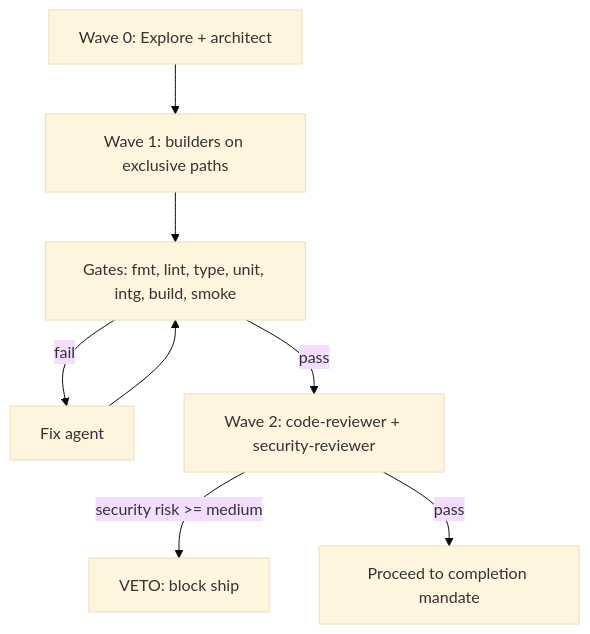
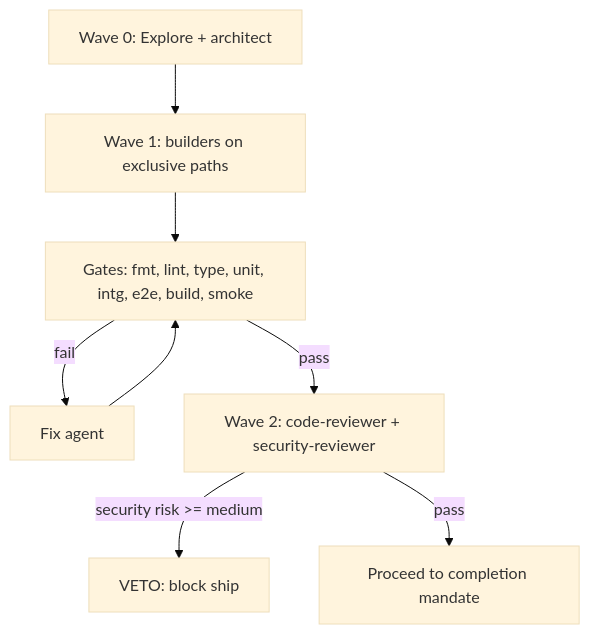
The second of 7 diagrams in README.md (jaysonventura/claude-dev-team), drawn with Mermaid (base theme) before and after one commit. The commit also changed other lines of this file and 5 other files, not shown here.

````diff
--- a/README.md
+++ b/README.md
@@ -87,10 +87,10 @@
 ```mermaid
 flowchart TD
     W0["Wave 0: Explore + architect"] --> W1["Wave 1: builders on exclusive paths"]
-    W1 --> GATES["Gates: fmt, lint, type, unit, intg, build, smoke"]
+    W1 --> GATES["Gates: fmt, lint, type, unit, intg, e2e, build, smoke"]
     GATES -->|"fail"| FIX["Fix agent"]
     FIX --> GATES
     GATES -->|"pass"| W2["Wave 2: code-reviewer + security-reviewer"]
     W2 -->|"security risk >= medium"| VETO["VETO: block ship"]
     W2 -->|"pass"| DONE["Proceed to completion mandate"]
 ```
````
